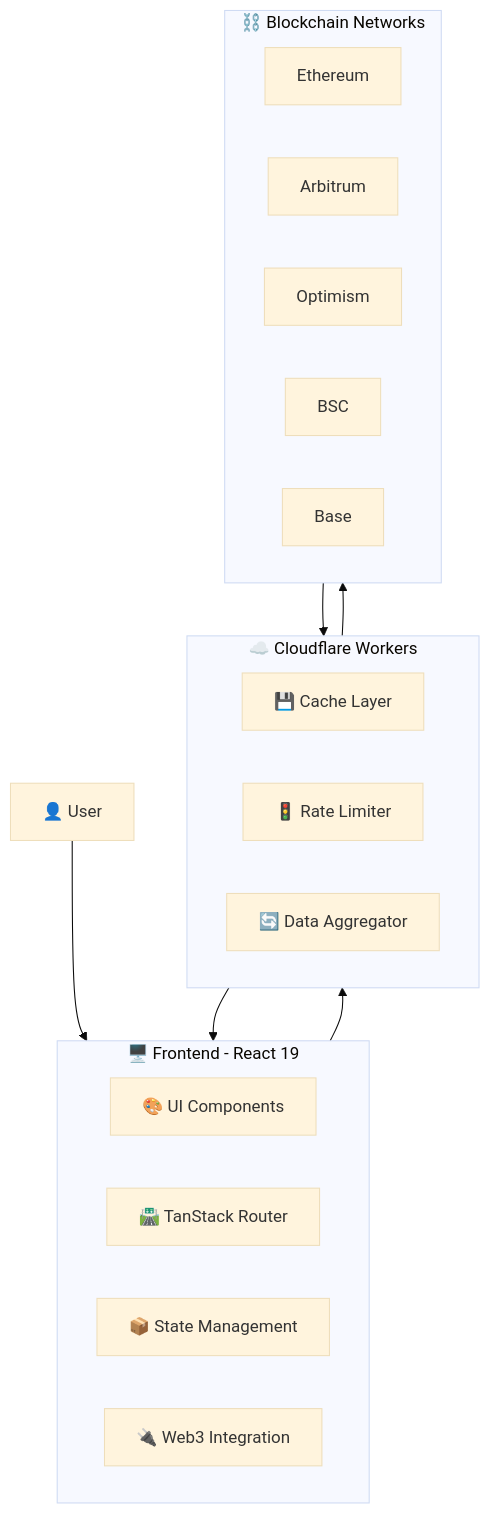
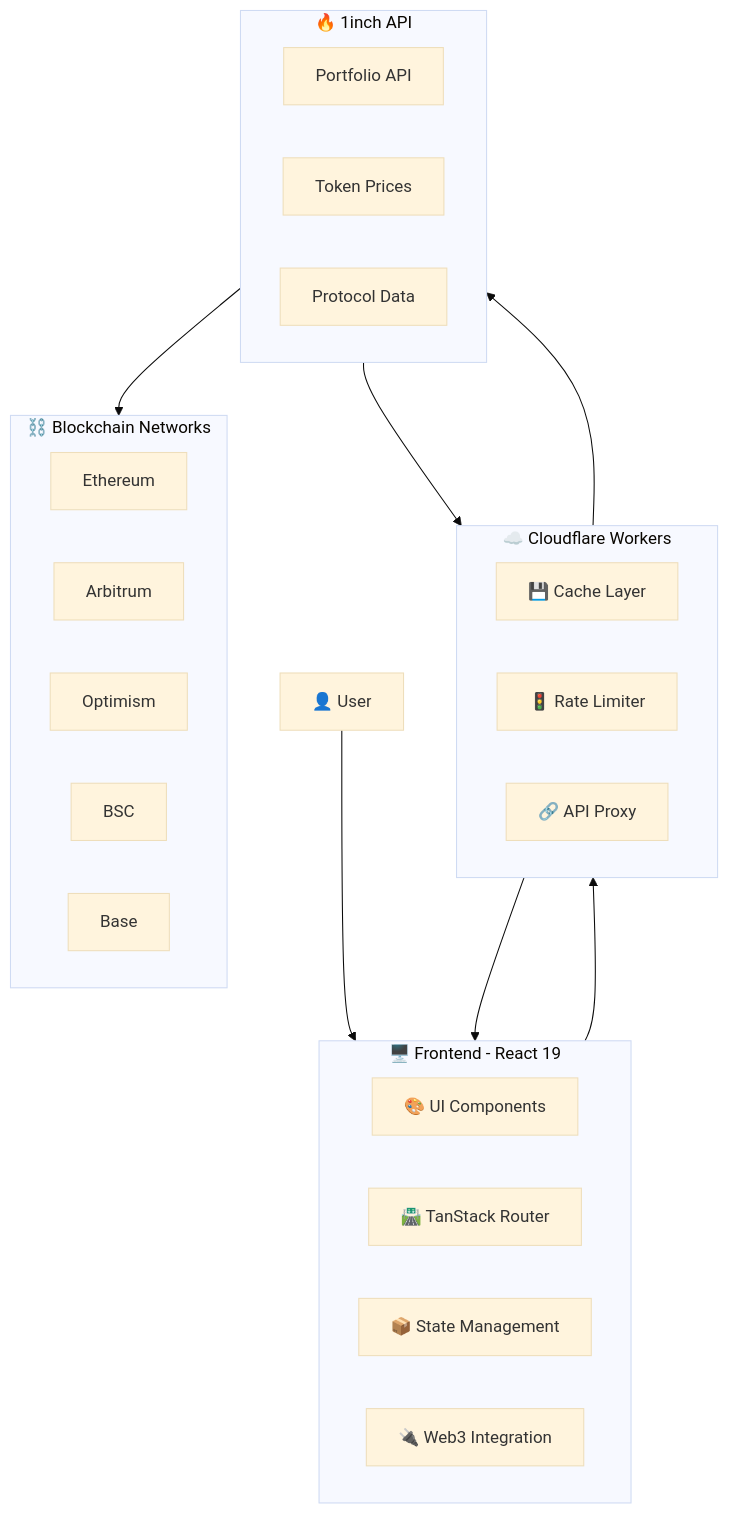
The diagram in README.md (calpa/orbitgo), drawn with Mermaid (base theme) before and after one commit. The commit also changed other lines of this file, not shown here.

Commit message:
Update backend integration docs to use 1inch Portfolio API via Cloudflare Workers

````diff
--- a/README.md
+++ b/README.md
@@ -188,29 +199,36 @@
 ```mermaid
 flowchart TB
     subgraph Frontend["🖥️ Frontend - React 19"]
         UI["🎨 UI Components"]
         Router["🛣️ TanStack Router"]
         State["📦 State Management"]
         Web3["🔌 Web3 Integration"]
     end
 
     subgraph Backend["☁️ Cloudflare Workers"]
         Cache["💾 Cache Layer"]
         RateLimit["🚦 Rate Limiter"]
-        Aggregator["🔄 Data Aggregator"]
+        Proxy["🔗 API Proxy"]
+    end
+
+    subgraph OneInch["🔥 1inch API"]
+        Portfolio["Portfolio API"]
+        Prices["Token Prices"]
+        Protocols["Protocol Data"]
     end
 
     subgraph Blockchain["⛓️ Blockchain Networks"]
         ETH["Ethereum"]
         ARB["Arbitrum"]
         OP["Optimism"]
         BSC["BSC"]
         BASE["Base"]
     end
 
     User["👤 User"] --> Frontend
     Frontend --> Backend
-    Backend --> Blockchain
-    Blockchain --> Backend
+    Backend --> OneInch
+    OneInch --> Blockchain
+    OneInch --> Backend
     Backend --> Frontend
 ```
````
